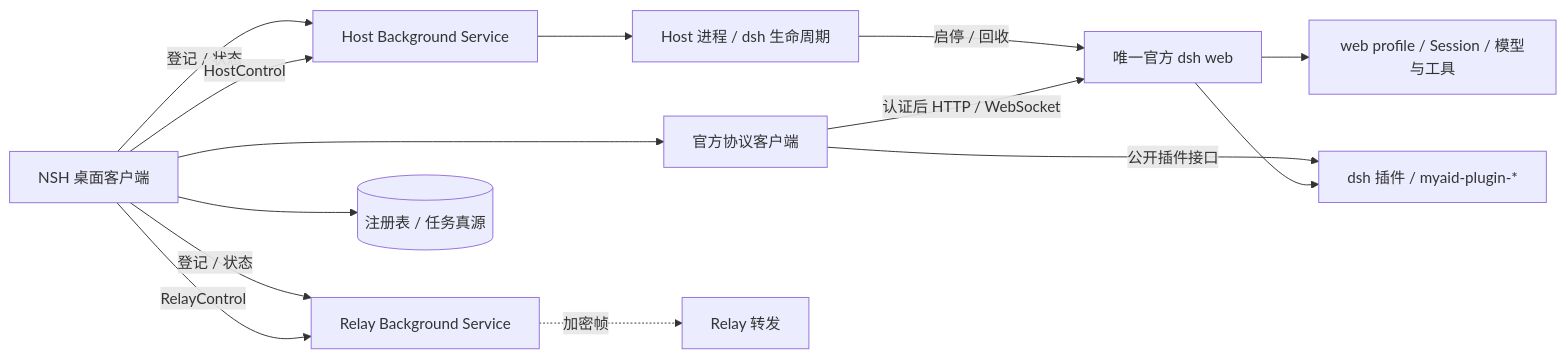
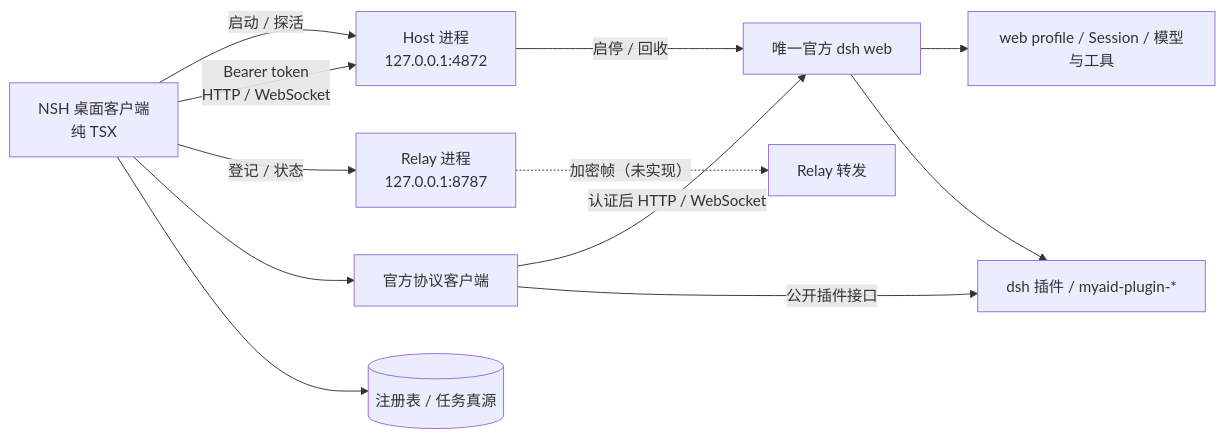
Before and after one commit to aningdev/MyAid: the diagram in docs/ARCHITECTURE.md, drawn with Mermaid. The commit also changed other lines of this file and 108 other files, not shown here.

````diff
--- a/docs/ARCHITECTURE.md
+++ b/docs/ARCHITECTURE.md
@@ -7,16 +7,14 @@
 ```mermaid
 flowchart LR
-    D[NSH 桌面客户端] -->|登记 / 状态| BH[Host Background Service]
-    D -->|登记 / 状态| BR[Relay Background Service]
-    BH --> H[Host 进程 / dsh 生命周期]
-    H -->|启停 / 回收| W[唯一官方 dsh web]
+    D[NSH 桌面客户端<br/>纯 TSX] -->|启动 / 探活| BH[Host 进程<br/>127.0.0.1:4872]
+    D -->|Bearer token<br/>HTTP / WebSocket| BH
+    D -->|登记 / 状态| BR[Relay 进程<br/>127.0.0.1:8787]
+    BH -->|启停 / 回收| W[唯一官方 dsh web]
     W --> P[web profile / Session / 模型与工具]
-    D -->|HostControl| BH
-    D -->|RelayControl| BR
     D --> C[官方协议客户端]
     C -->|认证后 HTTP / WebSocket| W
     D --> B[(注册表 / 任务真源)]
     C -->|公开插件接口| E[dsh 插件 / myaid-plugin-*]
     W --> E
-    BR -.->|加密帧| R[Relay 转发]
+    BR -.->|加密帧（未实现）| R[Relay 转发]
 ```
````
